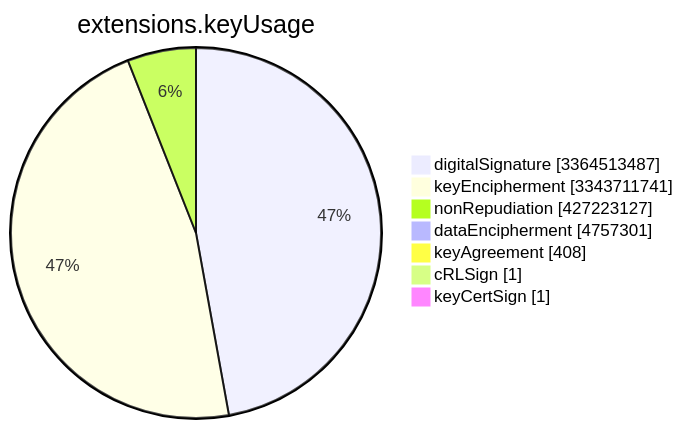
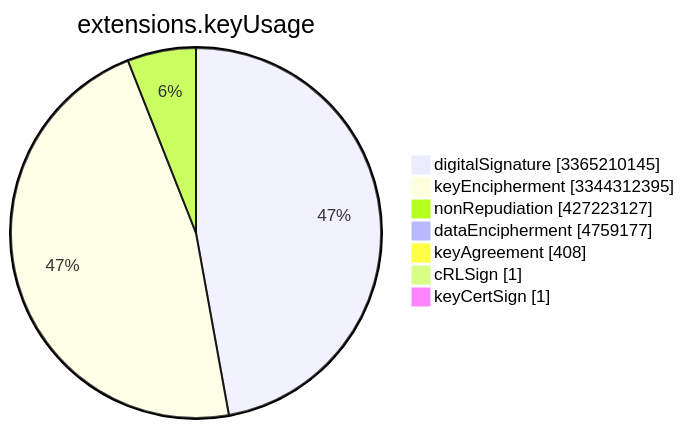
One commit to christiankrug/ctmonitor_visualization changed the sixth of 15 diagrams in TOTAL/README.md. Above: the diagram before and after it, drawn with Mermaid. The commit also changed other lines of this file, not shown here.

````diff
--- a/TOTAL/README.md
+++ b/TOTAL/README.md
@@ -3079,11 +3079,11 @@
 ```mermaid
 pie showData
 title extensions.keyUsage
-"digitalSignature" :3364513487
-"keyEncipherment" :3343711741
+"digitalSignature" :3365210145
+"keyEncipherment" :3344312395
 "nonRepudiation" :427223127
-"dataEncipherment" :4757301
+"dataEncipherment" :4759177
 "keyAgreement" :408
 "cRLSign" :1
 "keyCertSign" :1
 ```
````
